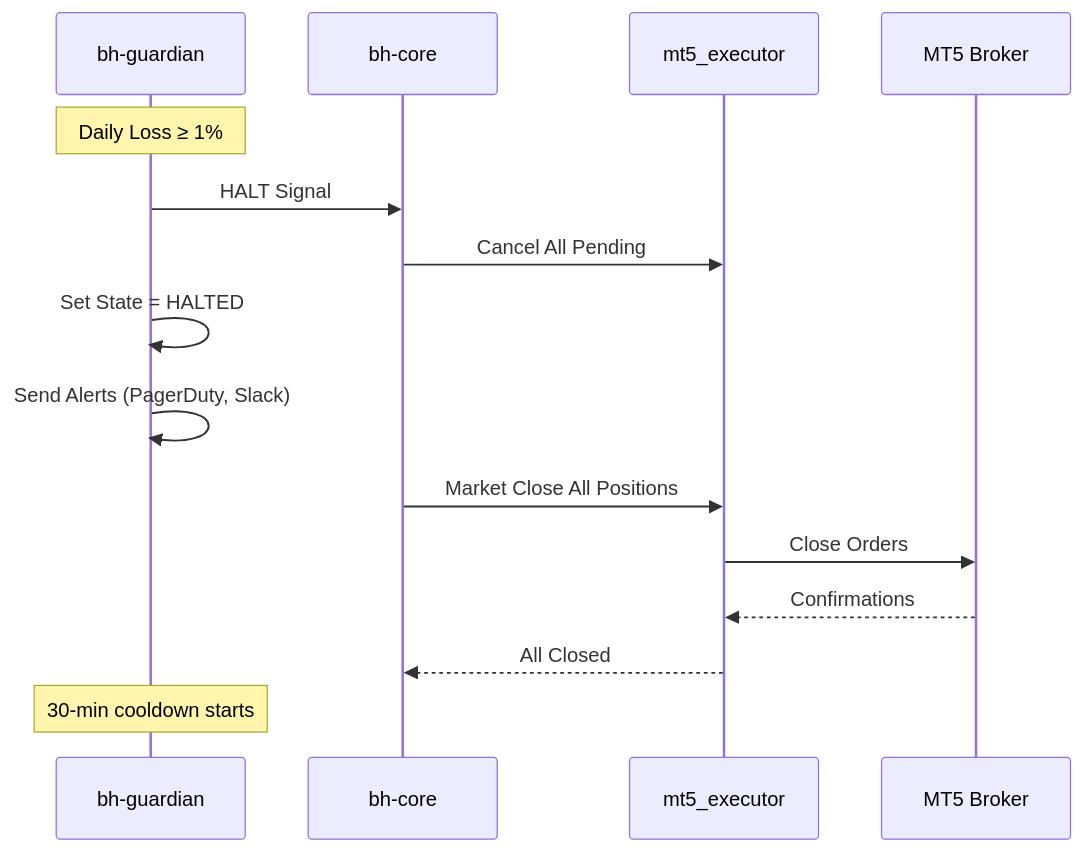
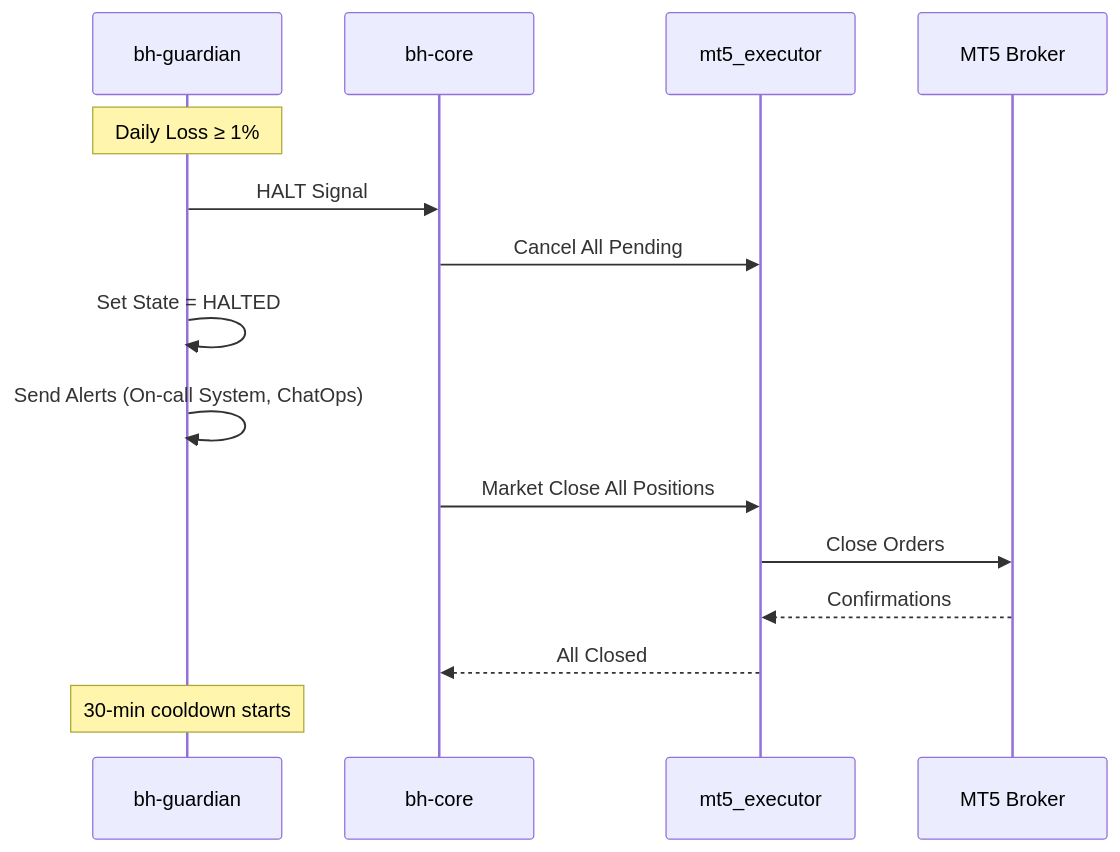
Before and after one commit to blackholefund/external_docs: the fourth of 5 diagrams in docs/risk-management/framework.md, drawn with Mermaid. The commit also changed other lines of this file and 13 other files, not shown here.

````diff
--- a/docs/risk-management/framework.md
+++ b/docs/risk-management/framework.md
@@ -246,18 +246,18 @@
 ```mermaid
 sequenceDiagram
     participant Guardian as bh-guardian
     participant Core as bh-core
     participant Executor as mt5_executor
     participant Broker as MT5 Broker
 
     Note over Guardian: Daily Loss ≥ 1%
     Guardian->>Core: HALT Signal
     Core->>Executor: Cancel All Pending
     Guardian->>Guardian: Set State = HALTED
-    Guardian->>Guardian: Send Alerts (PagerDuty, Slack)
+    Guardian->>Guardian: Send Alerts (On-call System, ChatOps)
     Core->>Executor: Market Close All Positions
     Executor->>Broker: Close Orders
     Broker-->>Executor: Confirmations
     Executor-->>Core: All Closed
     Note over Guardian: 30-min cooldown starts
 ```
````
